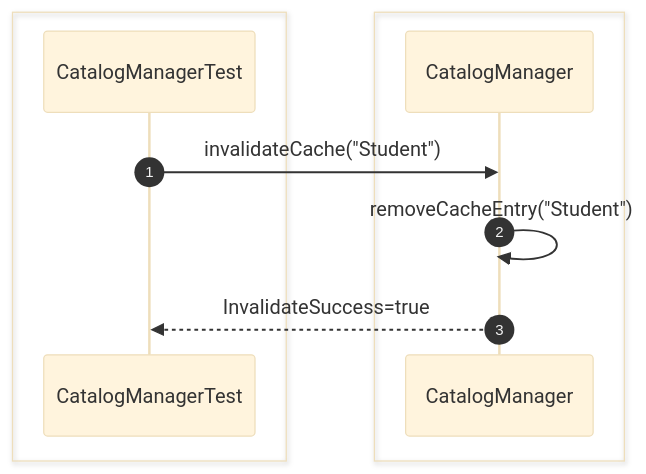
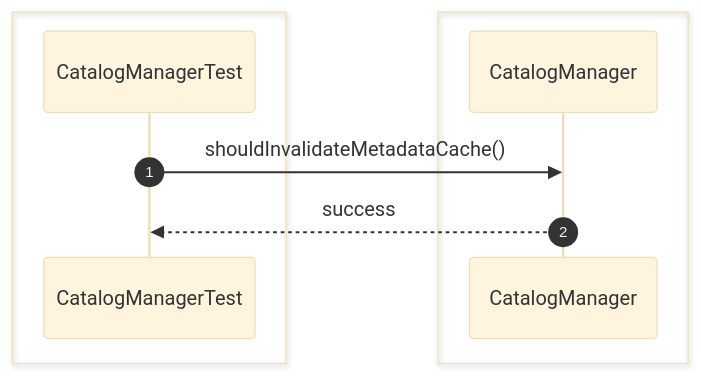
One commit to Huy1801214/dbms-architecture changed the tenth of 28 diagrams in src/sequence/catalog.md. Above: the diagram before and after it, drawn with Mermaid (base theme). The commit also changed other lines of this file and 68 other files, not shown here.

Commit message:
implement comprehensive unit test suite and architectural sequence documentation

````diff
--- a/src/sequence/catalog.md
+++ b/src/sequence/catalog.md
@@ -218,16 +141,13 @@
 ```mermaid
 sequenceDiagram
     autonumber
     box #e1f5fe Test Suite
     participant Test as CatalogManagerTest
     end
-    box #e8f5e9 Catalog Objects
-    participant Catalog as CatalogManager
+    box #e8f5e9 CatalogManager Component
+    participant CM as CatalogManager
     end
 
-    Test->>Catalog: invalidateCache("Student")
-
-    Catalog->>Catalog: removeCacheEntry("Student")
-
-    Catalog-->>Test: InvalidateSuccess=true
+    Test->>CM: shouldInvalidateMetadataCache()
+    CM-->>Test: success
 ```
````
